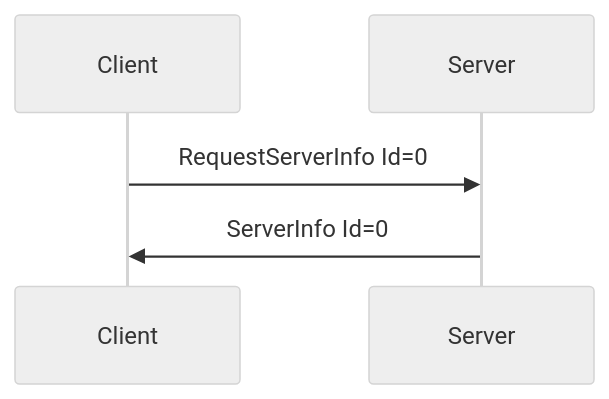
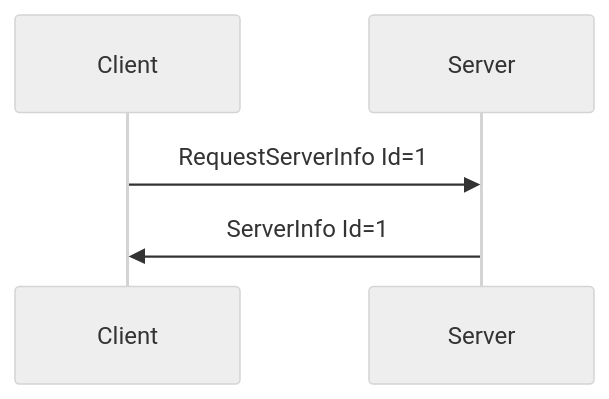
The second of 3 diagrams in docs/spec/identification.md (buttplugio/docs.buttplug.io), drawn with Mermaid (neutral theme) before and after one commit. The commit also changed other lines of this file, not shown here.

Commit message:
docs: fix handshake flow message ids

````diff
--- a/docs/spec/identification.md
+++ b/docs/spec/identification.md
@@ -77,5 +77,5 @@
 ```mermaid
 sequenceDiagram
-    Client->>Server: RequestServerInfo Id=0
-    Server->>Client: ServerInfo Id=0
+    Client->>Server: RequestServerInfo Id=1
+    Server->>Client: ServerInfo Id=1
 ```
````
